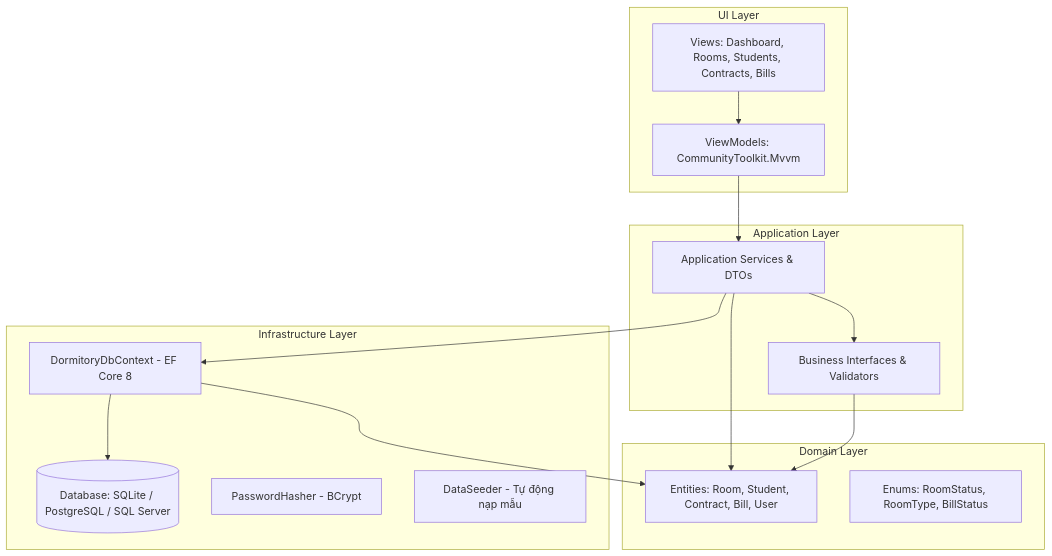
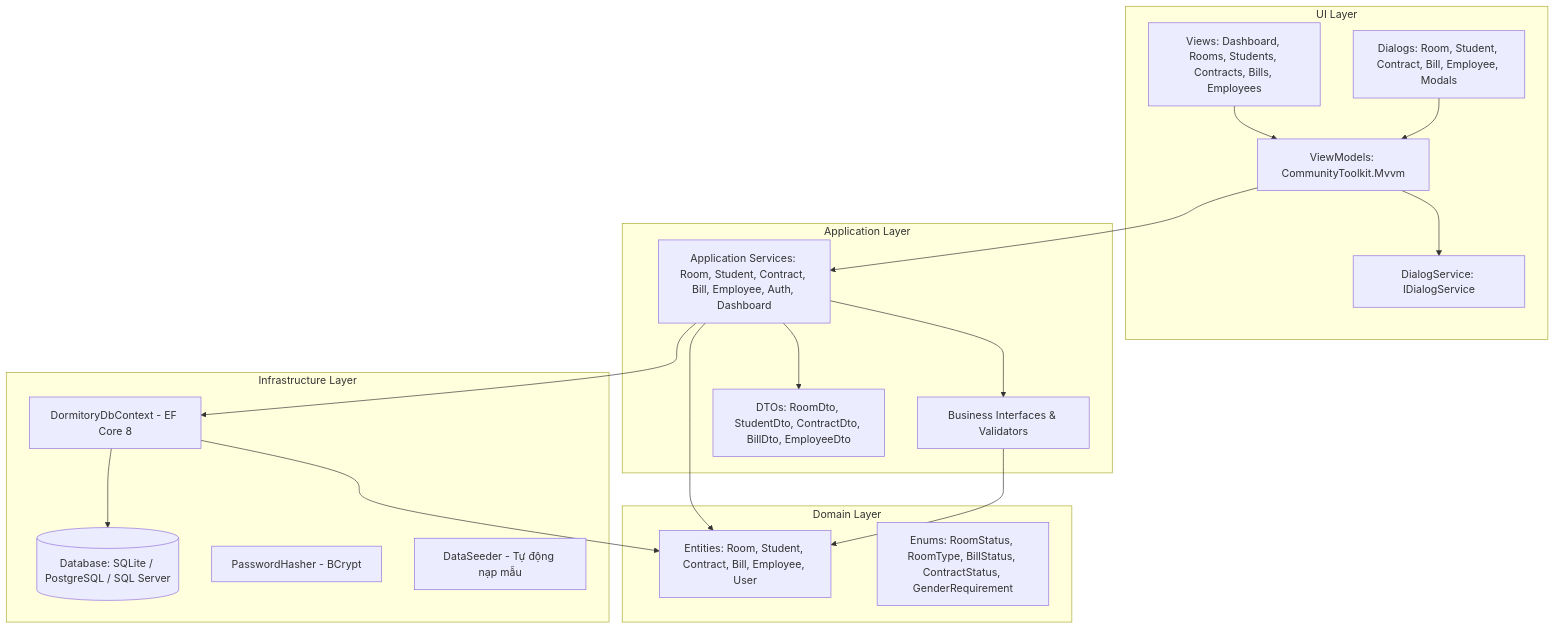
Before and after one commit to nguyendong47/Dormitory-Manager: the diagram in README.md, drawn with Mermaid. The commit also changed other lines of this file and 3 other files, not shown here.

Commit message:
docs: update user guide and README for full CRUD dialogs and Employee module

````diff
--- a/README.md
+++ b/README.md
@@ -45,33 +71,39 @@
 ```mermaid
 graph TD
     subgraph UI Layer
-        V[Views: Dashboard, Rooms, Students, Contracts, Bills]
+        V[Views: Dashboard, Rooms, Students, Contracts, Bills, Employees]
+        Dialogs[Dialogs: Room, Student, Contract, Bill, Employee, Modals]
         VM[ViewModels: CommunityToolkit.Mvvm]
+        DialogService[DialogService: IDialogService]
     end
 
     subgraph Application Layer
-        AppService[Application Services & DTOs]
+        AppService[Application Services: Room, Student, Contract, Bill, Employee, Auth, Dashboard]
         Contracts[Business Interfaces & Validators]
+        DTOs[DTOs: RoomDto, StudentDto, ContractDto, BillDto, EmployeeDto]
     end
 
     subgraph Domain Layer
-        Entities[Entities: Room, Student, Contract, Bill, User]
-        Enums[Enums: RoomStatus, RoomType, BillStatus]
+        Entities[Entities: Room, Student, Contract, Bill, Employee, User]
+        Enums[Enums: RoomStatus, RoomType, BillStatus, ContractStatus, GenderRequirement]
     end
 
     subgraph Infrastructure Layer
         DbContext[DormitoryDbContext - EF Core 8]
         DB[(Database: SQLite / PostgreSQL / SQL Server)]
         Security[PasswordHasher - BCrypt]
         Seeder[DataSeeder - Tự động nạp mẫu]
     end
 
     V --> VM
+    Dialogs --> VM
+    VM --> DialogService
     VM --> AppService
     AppService --> Contracts
+    AppService --> DTOs
     AppService --> Entities
     Contracts --> Entities
     DbContext --> Entities
     DbContext --> DB
     AppService --> DbContext
 ```
````
